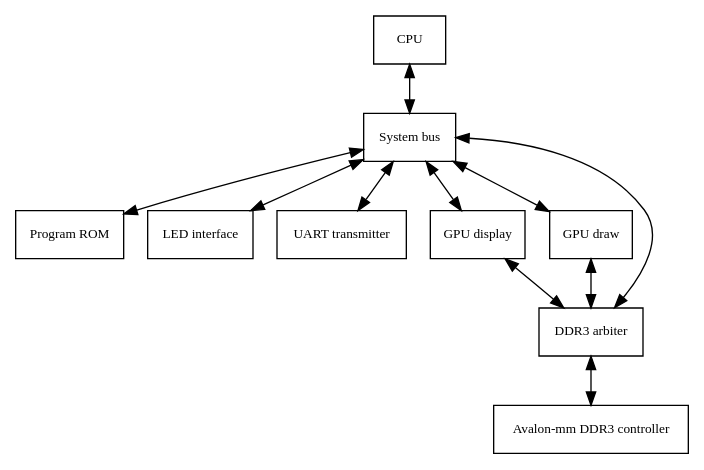
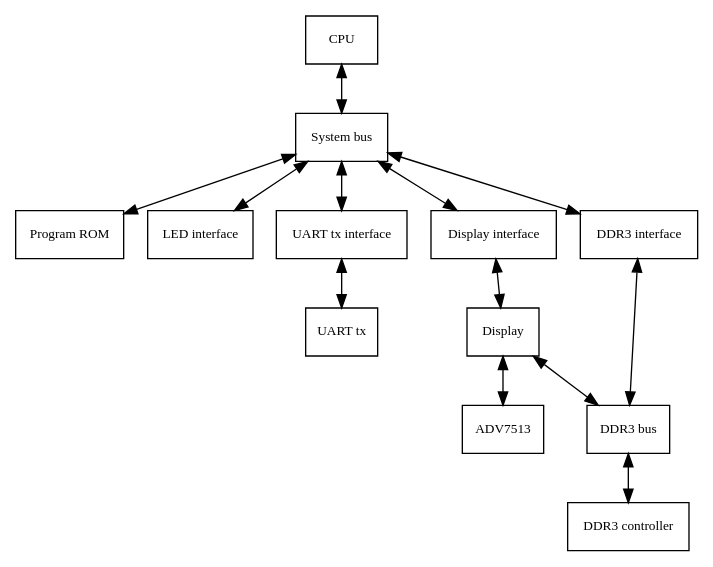
One commit to xenowing/xenowing changed the diagram in doc/mem_topology.dot. Above: the diagram before and after it, drawn with Graphviz. The commit also changed 1 other file, not shown here.

```diff
--- a/doc/mem_topology.dot
+++ b/doc/mem_topology.dot
@@ -1,34 +1,47 @@
 digraph mem_topology {
     graph [fontsize=10 fontname="Verdana" compound=true];
     node [shape=record fontsize=10 fontname="Verdana"];
 
     cpu [label="CPU"];
     system_bus [label="System bus"];
     program_rom [label="Program ROM"];
     led_interface [label="LED interface"];
-    uart_interface [label="UART transmitter"];
+    uart_tx_interface [label="UART tx interface"];
 
-    gpu_display [label="GPU display"];
-    gpu_draw [label="GPU draw"];
+    display_interface [label="Display interface"];
 
-    ddr3_arbiter [label="DDR3 arbiter"];
-    ddr3 [label="Avalon-mm DDR3 controller"];
+    ddr3_interface [label="DDR3 interface"];
+
+    uart_tx [label="UART tx"];
+
+    display [label="Display"];
+
+    adv7513 [label="ADV7513"];
+
+    ddr3_bus [label="DDR3 bus"];
+
+    ddr3_controller [label="DDR3 controller"];
 
     cpu -> system_bus [dir="both"];
     system_bus -> program_rom [dir="both"];
     system_bus -> led_interface [dir="both"];
-    system_bus -> uart_interface [dir="both"];
-    system_bus -> gpu_display [dir="both"];
-    system_bus -> gpu_draw [dir="both"];
-    system_bus -> ddr3_arbiter [dir="both"];
+    system_bus -> uart_tx_interface [dir="both"];
+    system_bus -> ddr3_interface [dir="both"];
+    system_bus -> display_interface [dir="both"];
 
-    gpu_display -> ddr3_arbiter [dir="both"];
-    gpu_draw -> ddr3_arbiter [dir="both"];
+    uart_tx_interface -> uart_tx [dir="both"];
 
-    ddr3_arbiter -> ddr3 [dir="both"];
+    display_interface -> display [dir="both"];
 
-    { rank=same; program_rom led_interface uart_interface }
-    { rank=same; gpu_display gpu_draw }
-    { rank=same; ddr3_arbiter }
-    { rank=same; ddr3 }
+    ddr3_interface -> ddr3_bus [dir="both"];
+
+    display -> adv7513 [dir="both"];
+    display -> ddr3_bus [dir="both"];
+
+    ddr3_bus -> ddr3_controller [dir="both"];
+
+    { rank=same; program_rom led_interface uart_tx_interface display_interface ddr3_interface }
+    { rank=same; uart_tx display }
+    { rank=same; adv7513 ddr3_bus }
+    { rank=same; ddr3_controller }
 }
```
